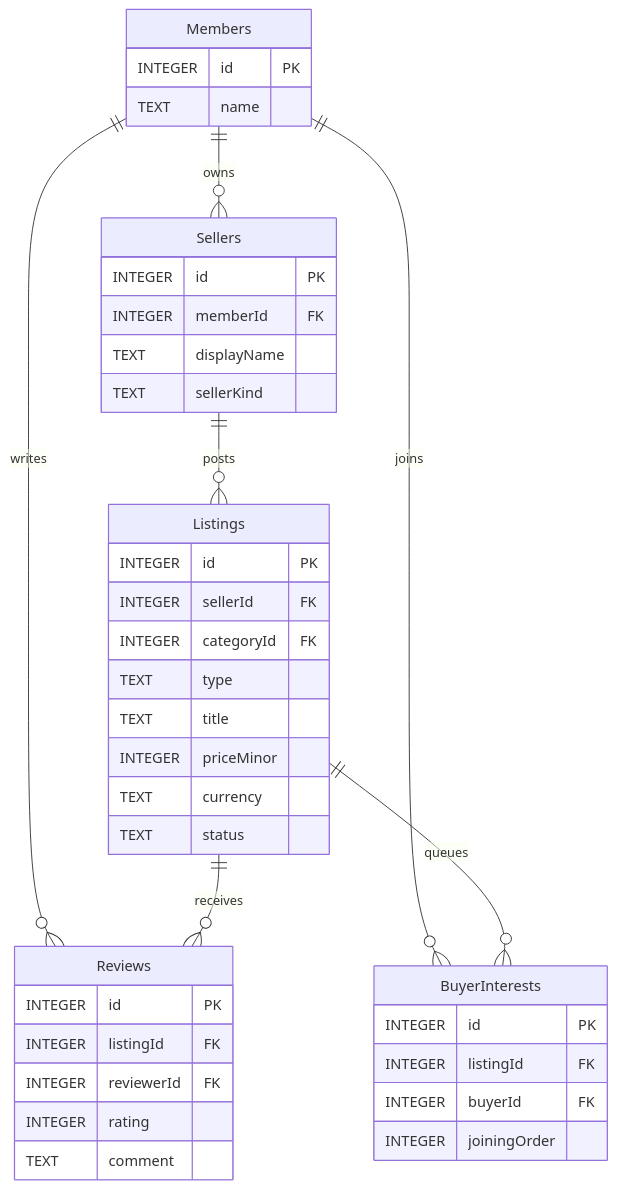
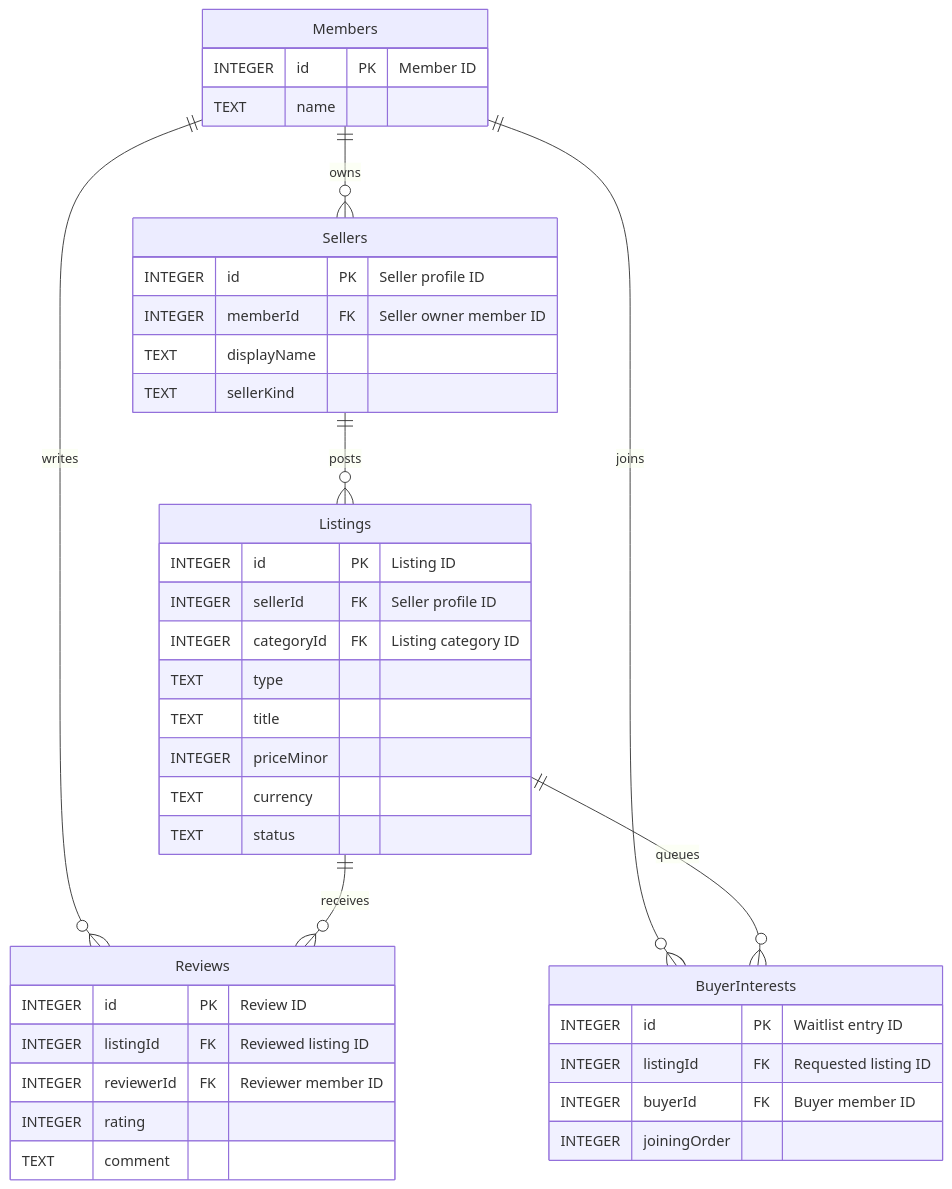
The first of 3 diagrams in docs/design-document.md (XionAce/cpe314-69323-capstone-team-01), drawn with Mermaid before and after one commit. The commit also changed other lines of this file and 4 other files, not shown here.

Commit message:
docs: update project design with revised ER diagrams and page numbering

````diff
--- a/docs/design-document.md
+++ b/docs/design-document.md
@@ -148,42 +171,42 @@
 ```mermaid
 erDiagram
     Members {
-        INTEGER id PK
+        INTEGER id PK "Member ID"
         TEXT name
     }
     Sellers {
-        INTEGER id PK
-        INTEGER memberId FK
+        INTEGER id PK "Seller profile ID"
+        INTEGER memberId FK "Seller owner member ID"
         TEXT displayName
         TEXT sellerKind
     }
     Listings {
-        INTEGER id PK
-        INTEGER sellerId FK
-        INTEGER categoryId FK
+        INTEGER id PK "Listing ID"
+        INTEGER sellerId FK "Seller profile ID"
+        INTEGER categoryId FK "Listing category ID"
         TEXT type
         TEXT title
         INTEGER priceMinor
         TEXT currency
         TEXT status
     }
     Reviews {
-        INTEGER id PK
-        INTEGER listingId FK
-        INTEGER reviewerId FK
+        INTEGER id PK "Review ID"
+        INTEGER listingId FK "Reviewed listing ID"
+        INTEGER reviewerId FK "Reviewer member ID"
         INTEGER rating
         TEXT comment
     }
     BuyerInterests {
-        INTEGER id PK
-        INTEGER listingId FK
-        INTEGER buyerId FK
+        INTEGER id PK "Waitlist entry ID"
+        INTEGER listingId FK "Requested listing ID"
+        INTEGER buyerId FK "Buyer member ID"
         INTEGER joiningOrder
     }
     Members ||--o{ Sellers : owns
     Members ||--o{ Reviews : writes
     Members ||--o{ BuyerInterests : joins
     Sellers ||--o{ Listings : posts
     Listings ||--o{ Reviews : receives
     Listings ||--o{ BuyerInterests : queues
 ```
````
